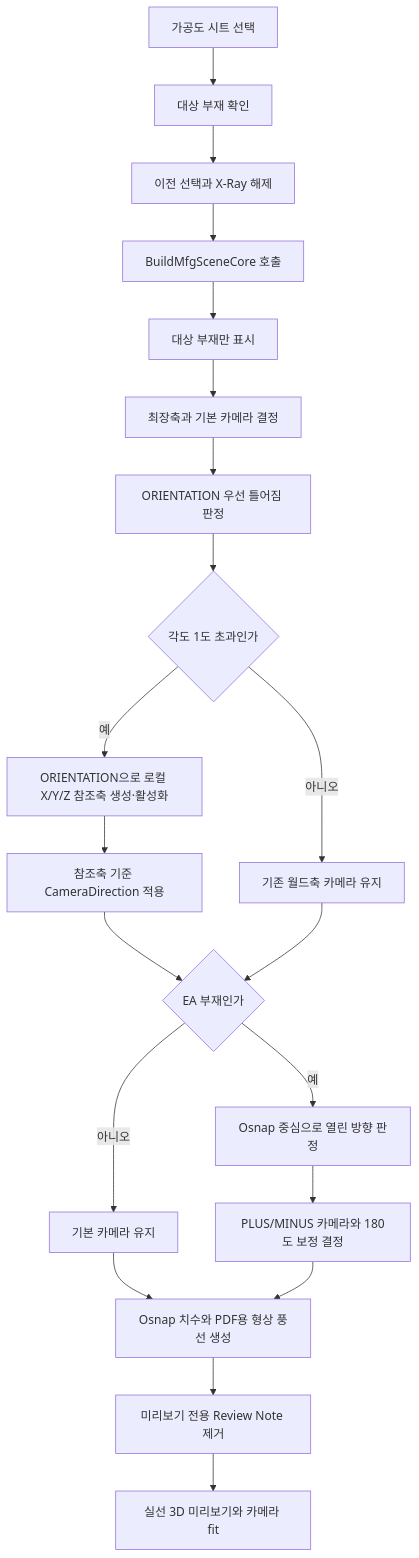
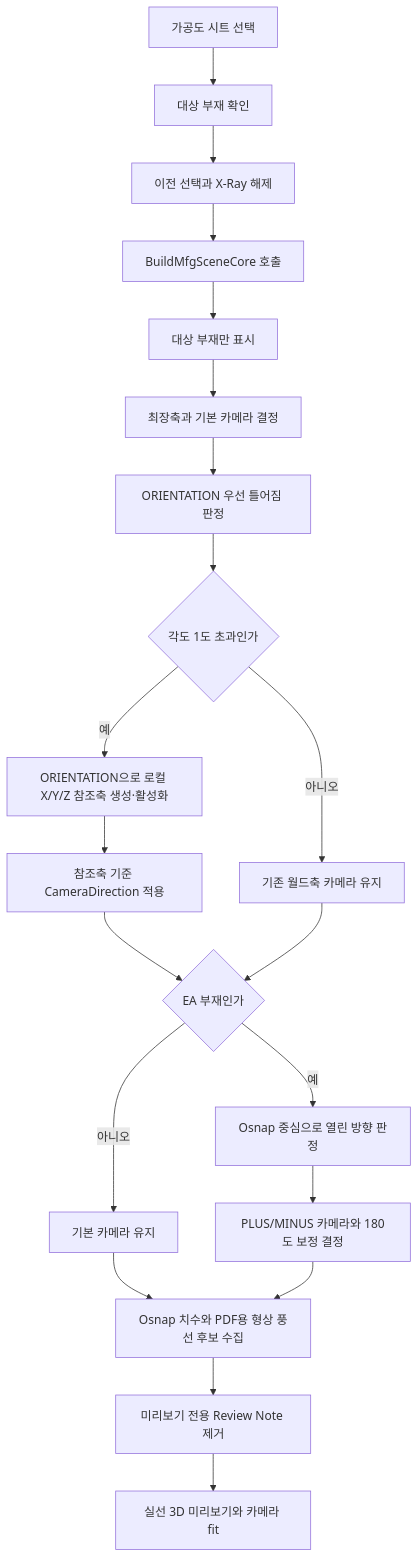
One commit to uuuuj/a2z changed the diagram in docs/기능/가공도/가공도 단일.md. Above: the diagram before and after it, drawn with Mermaid. The commit also changed other lines of this file and 9 other files, not shown here.

````diff
--- a/docs/기능/가공도/가공도 단일.md
+++ b/docs/기능/가공도/가공도 단일.md
@@ -21,22 +21,22 @@
 ```mermaid
 flowchart TD
     A["가공도 시트 선택"] --> B["대상 부재 확인"]
     B --> C["이전 선택과 X-Ray 해제"]
     C --> D["BuildMfgSceneCore 호출"]
     D --> E["대상 부재만 표시"]
     E --> F["최장축과 기본 카메라 결정"]
     F --> G["ORIENTATION 우선 틀어짐 판정"]
     G --> G1{"각도 1도 초과인가"}
     G1 -- 예 --> G2["ORIENTATION으로 로컬 X/Y/Z 참조축 생성·활성화"]
     G2 --> G3["참조축 기준 CameraDirection 적용"]
     G1 -- 아니오 --> G4["기존 월드축 카메라 유지"]
     G3 --> H{"EA 부재인가"}
     G4 --> H
     H -- 아니오 --> I["기본 카메라 유지"]
     H -- 예 --> J["Osnap 중심으로 열린 방향 판정"]
     J --> K["PLUS/MINUS 카메라와 180도 보정 결정"]
-    I --> L["Osnap 치수와 PDF용 형상 풍선 생성"]
+    I --> L["Osnap 치수와 PDF용 형상 풍선 후보 수집"]
     K --> L
     L --> M["미리보기 전용 Review Note 제거"]
     M --> N["실선 3D 미리보기와 카메라 fit"]
 ```
````
